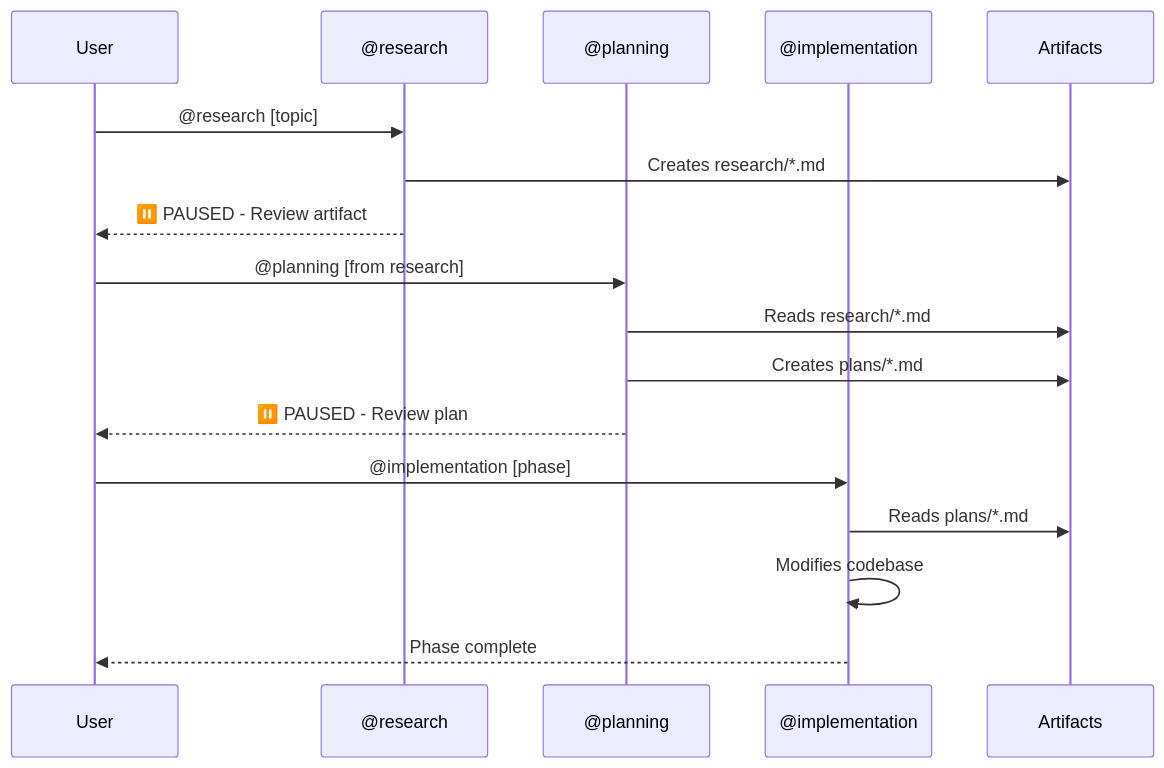
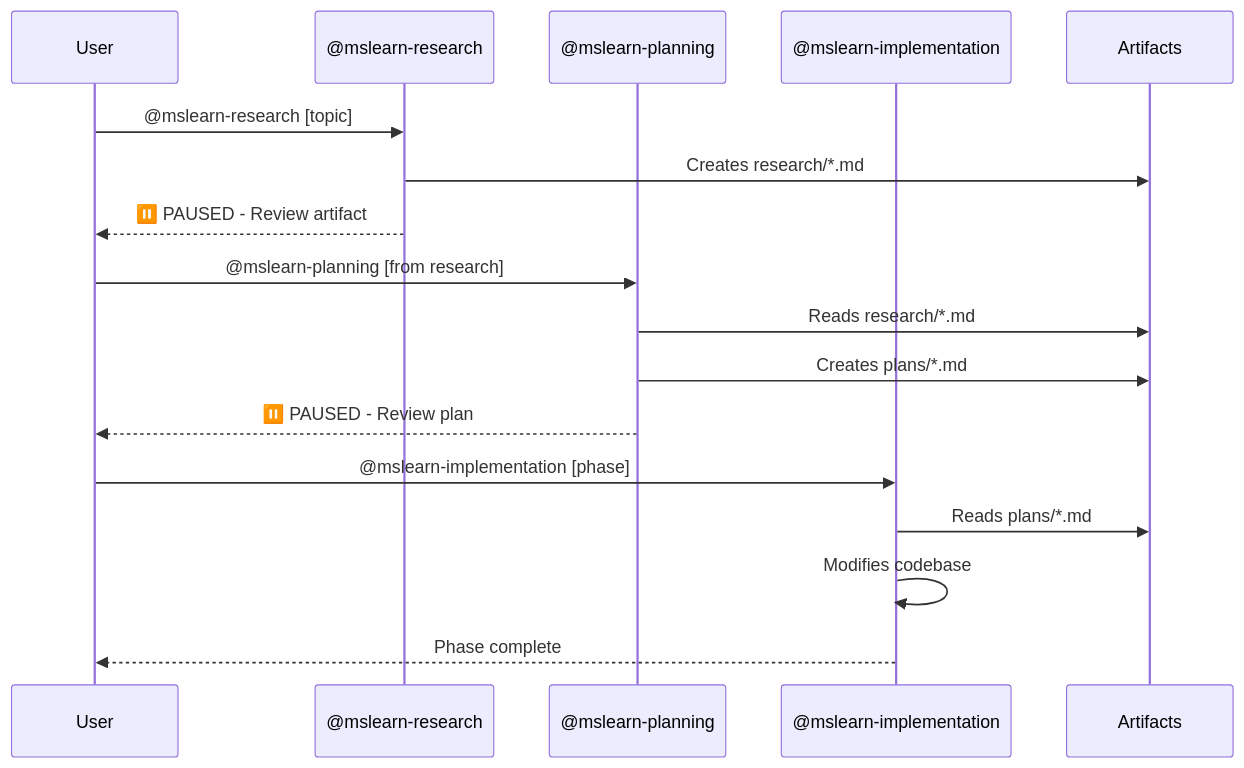
One commit to jwmunn/copilot-config changed the fourth of 4 diagrams in README.md. Above: the diagram before and after it, drawn with Mermaid. The commit also changed other lines of this file and 30 other files, not shown here.

````diff
--- a/README.md
+++ b/README.md
@@ -127,22 +176,22 @@
 ```mermaid
 sequenceDiagram
     participant U as User
-    participant R as @research
-    participant P as @planning
-    participant I as @implementation
+    participant R as @mslearn-research
+    participant P as @mslearn-planning
+    participant I as @mslearn-implementation
     participant A as Artifacts
     
-    U->>R: @research [topic]
+    U->>R: @mslearn-research [topic]
     R->>A: Creates research/*.md
     R-->>U: ⏸️ PAUSED - Review artifact
     
-    U->>P: @planning [from research]
+    U->>P: @mslearn-planning [from research]
     P->>A: Reads research/*.md
     P->>A: Creates plans/*.md
     P-->>U: ⏸️ PAUSED - Review plan
     
-    U->>I: @implementation [phase]
+    U->>I: @mslearn-implementation [phase]
     I->>A: Reads plans/*.md
     I->>I: Modifies codebase
     I-->>U: Phase complete
 ```
````
